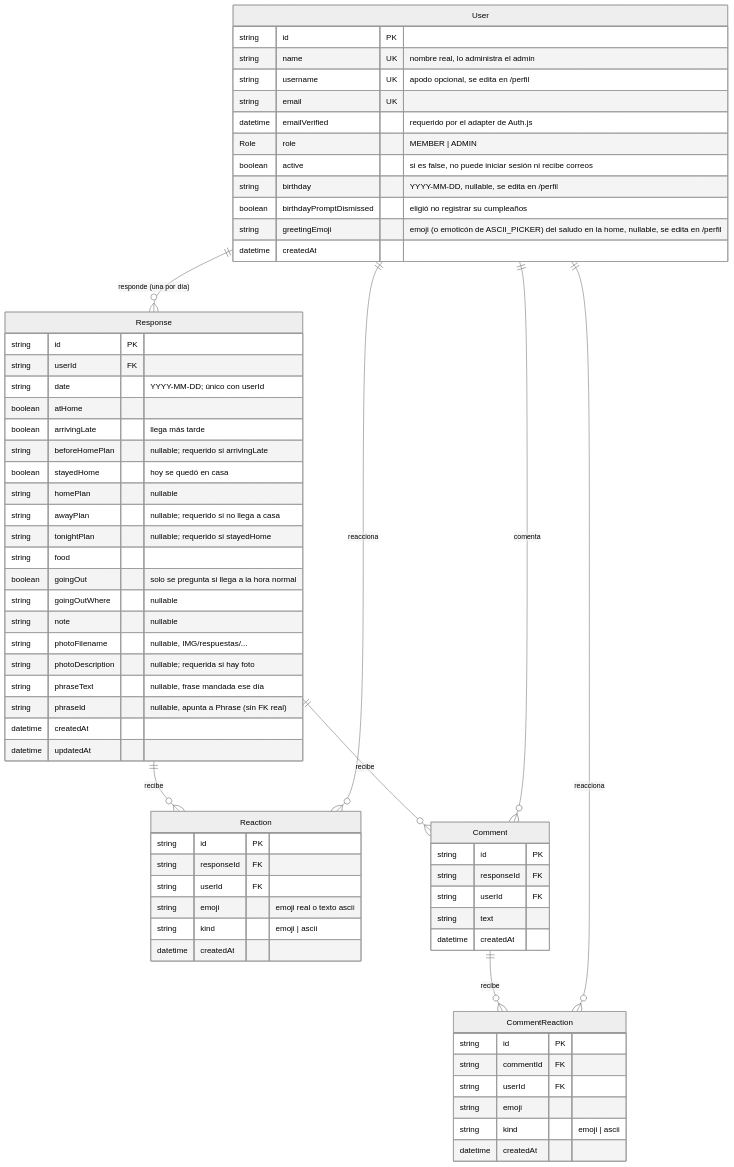
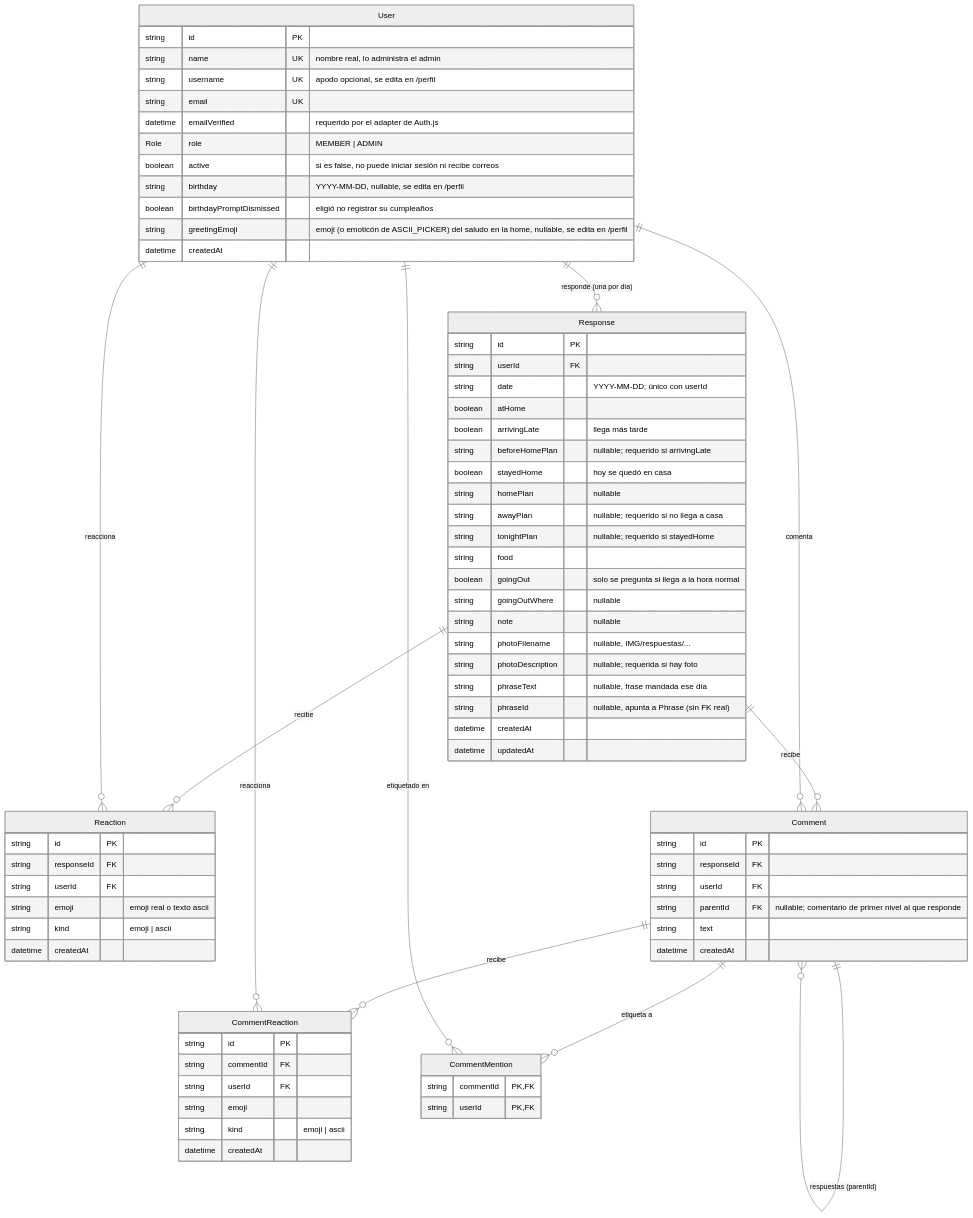
Before and after one commit to rominavc99/wygh-public: the first of 3 diagrams in docs/BASE-DE-DATOS.md, drawn with Mermaid (neutral theme). The commit also changed other lines of this file and 14 other files, not shown here.

````diff
--- a/docs/BASE-DE-DATOS.md
+++ b/docs/BASE-DE-DATOS.md
@@ -19,73 +19,82 @@
 ```mermaid
 erDiagram
     User ||--o{ Response : "responde (una por día)"
     Response ||--o{ Reaction : "recibe"
     Response ||--o{ Comment : "recibe"
     Comment ||--o{ CommentReaction : "recibe"
+    Comment ||--o{ Comment : "respuestas (parentId)"
+    Comment ||--o{ CommentMention : "etiqueta a"
+    User ||--o{ CommentMention : "etiquetado en"
     User ||--o{ Reaction : "reacciona"
     User ||--o{ Comment : "comenta"
     User ||--o{ CommentReaction : "reacciona"
 
     User {
         string id PK
         string name UK "nombre real, lo administra el admin"
         string username UK "apodo opcional, se edita en /perfil"
         string email UK
         datetime emailVerified "requerido por el adapter de Auth.js"
         Role role "MEMBER | ADMIN"
         boolean active "si es false, no puede iniciar sesión ni recibe correos"
         string birthday "YYYY-MM-DD, nullable, se edita en /perfil"
         boolean birthdayPromptDismissed "eligió no registrar su cumpleaños"
         string greetingEmoji "emoji (o emoticón de ASCII_PICKER) del saludo en la home, nullable, se edita en /perfil"
         datetime createdAt
     }
 
     Response {
         string id PK
         string userId FK
         string date "YYYY-MM-DD; único con userId"
         boolean atHome
         boolean arrivingLate "llega más tarde"
         string beforeHomePlan "nullable; requerido si arrivingLate"
         boolean stayedHome "hoy se quedó en casa"
         string homePlan "nullable"
         string awayPlan "nullable; requerido si no llega a casa"
         string tonightPlan "nullable; requerido si stayedHome"
         string food
         boolean goingOut "solo se pregunta si llega a la hora normal"
         string goingOutWhere "nullable"
         string note "nullable"
         string photoFilename "nullable, IMG/respuestas/..."
         string photoDescription "nullable; requerida si hay foto"
         string phraseText "nullable, frase mandada ese día"
         string phraseId "nullable, apunta a Phrase (sin FK real)"
         datetime createdAt
         datetime updatedAt
     }
 
     Reaction {
         string id PK
         string responseId FK
         string userId FK
         string emoji "emoji real o texto ascii"
         string kind "emoji | ascii"
         datetime createdAt
     }
 
     Comment {
         string id PK
         string responseId FK
         string userId FK
+        string parentId FK "nullable; comentario de primer nivel al que responde"
         string text
         datetime createdAt
+    }
+
+    CommentMention {
+        string commentId PK,FK
+        string userId PK,FK
     }
 
     CommentReaction {
         string id PK
         string commentId FK
         string userId FK
         string emoji
         string kind "emoji | ascii"
         datetime createdAt
     }
 ```
````
